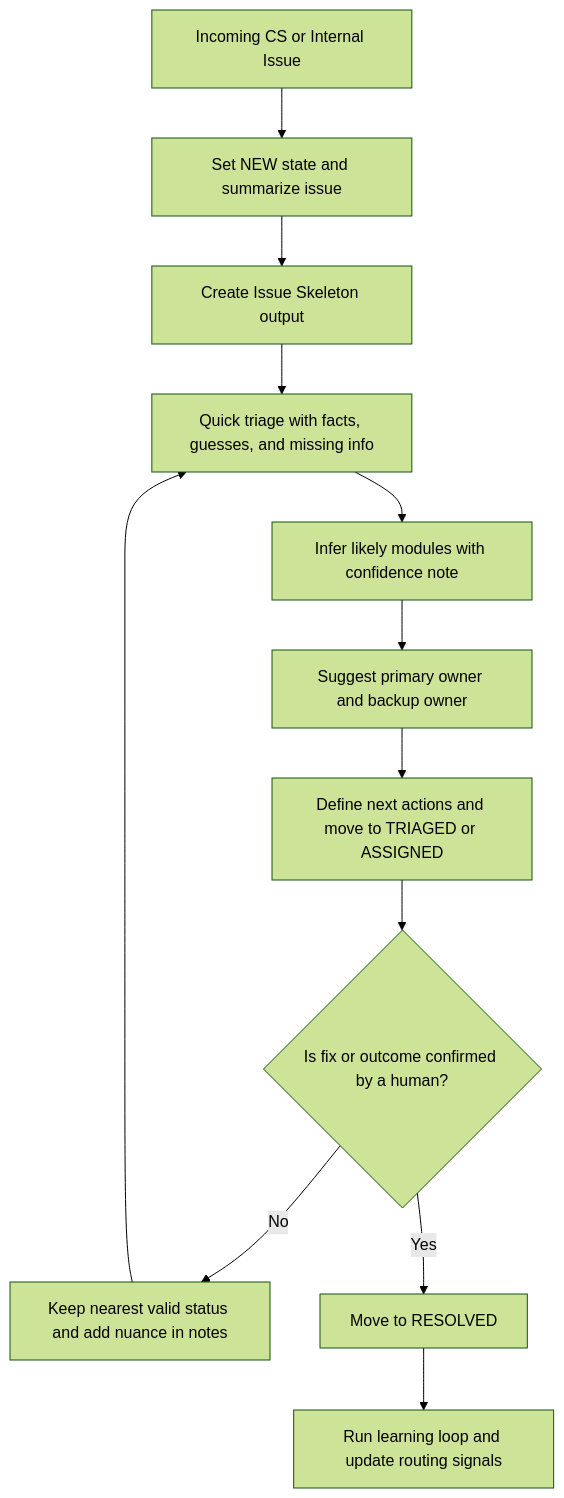
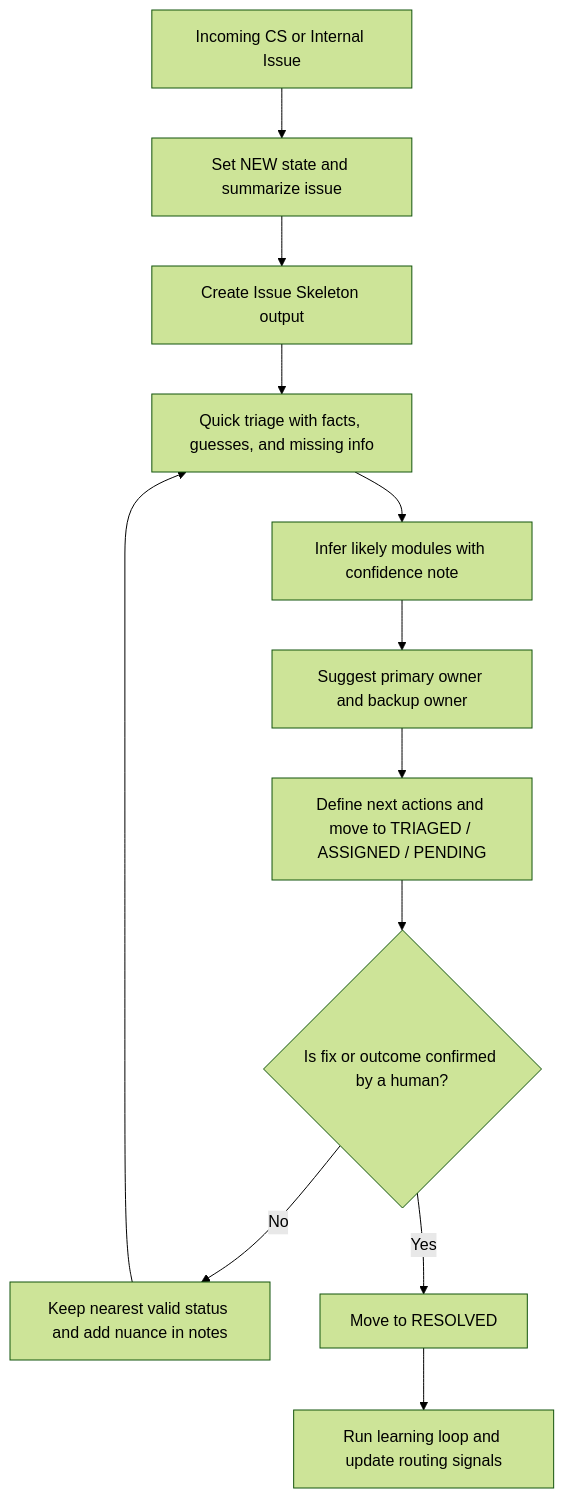
One commit to yonghyeokrhee/meta-coordinator-agent-template changed the diagram in README.md. Above: the diagram before and after it, drawn with Mermaid (forest theme). The commit also changed other lines of this file and 30 other files, not shown here.

````diff
--- a/README.md
+++ b/README.md
@@ -23,14 +23,14 @@
 ```mermaid
 flowchart TD
     A["Incoming CS or Internal Issue"] --> B["Set NEW state and summarize issue"]
     B --> C["Create Issue Skeleton output"]
     C --> D["Quick triage with facts, guesses, and missing info"]
     D --> E["Infer likely modules with confidence note"]
     E --> F["Suggest primary owner and backup owner"]
-    F --> G["Define next actions and move to TRIAGED or ASSIGNED"]
+    F --> G["Define next actions and move to TRIAGED / ASSIGNED / PENDING"]
     G --> H{"Is fix or outcome confirmed by a human?"}
     H -- No --> I["Keep nearest valid status and add nuance in notes"]
     I --> D
     H -- Yes --> J["Move to RESOLVED"]
     J --> K["Run learning loop and update routing signals"]
 ```
````
